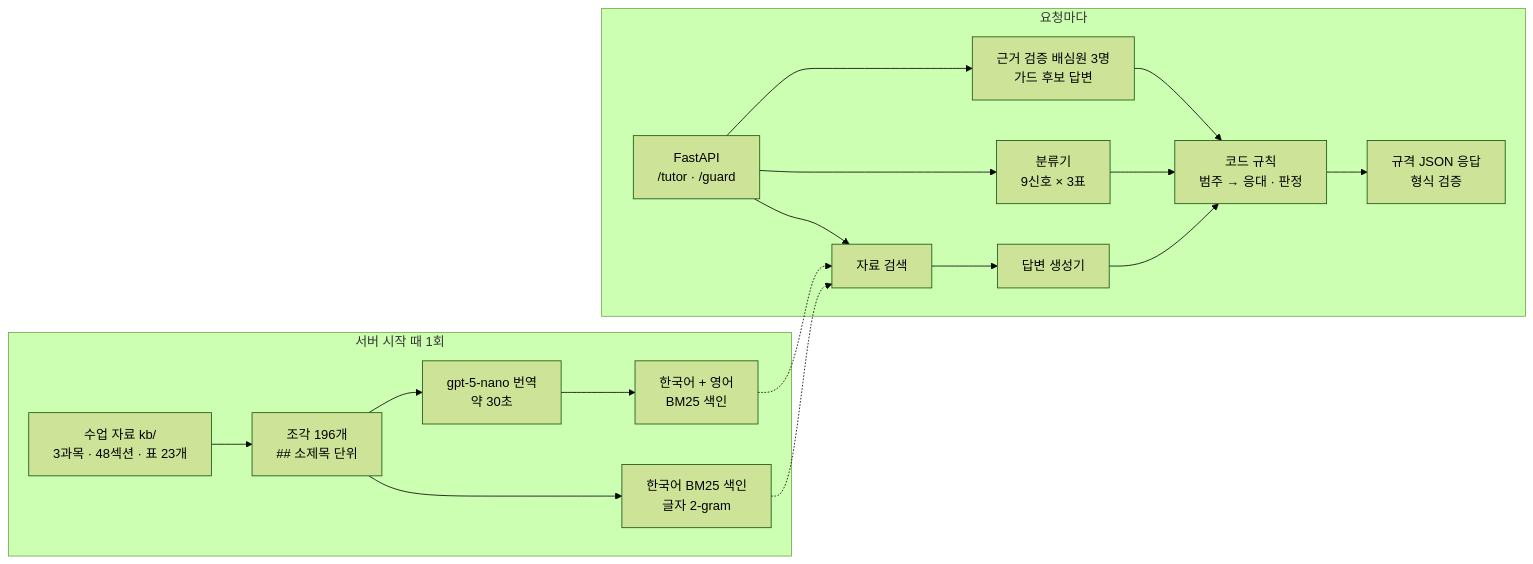
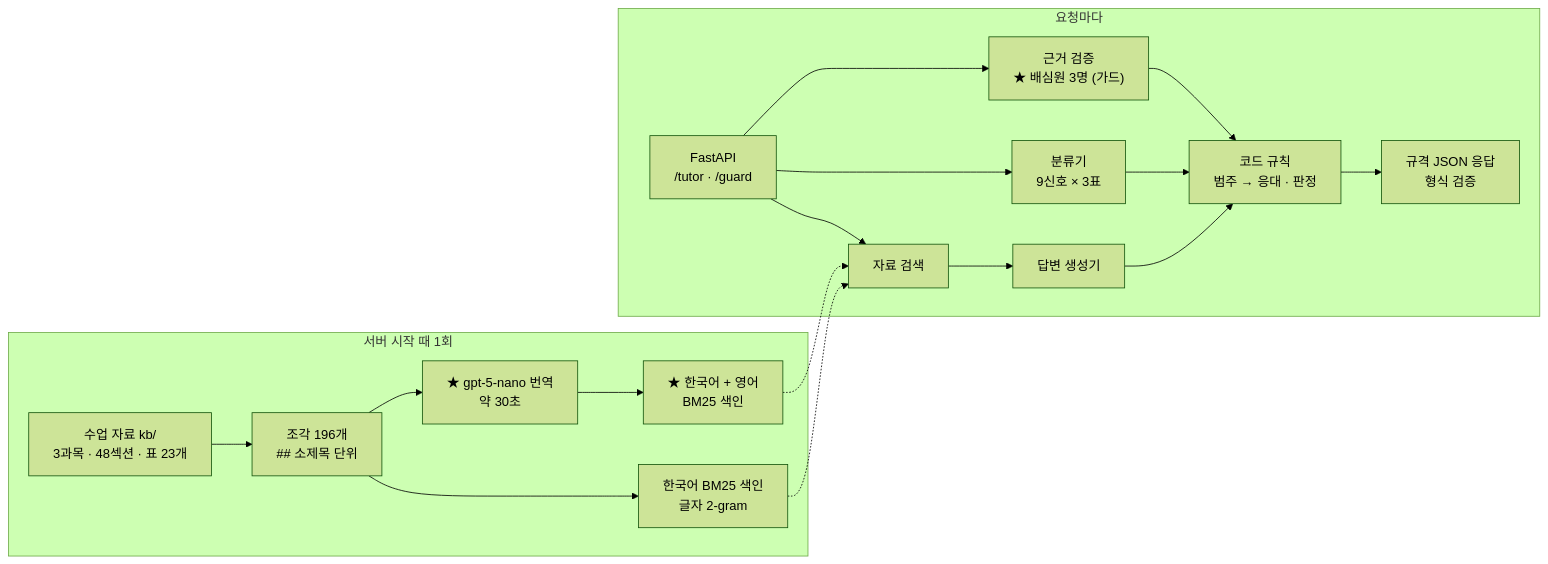
One commit to AI-Challenger-2026/ai_turtor_guardrail changed the first of 3 diagrams in model_component.md. Above: the diagram before and after it, drawn with Mermaid (forest theme). The commit also changed other lines of this file, not shown here.

Commit message:
model_component.md: mark parts added after final-v3 (wonwoo), add the comparison and GPT diagram prompts

````diff
--- a/model_component.md
+++ b/model_component.md
@@ -27,21 +31,21 @@
 ```mermaid
 flowchart LR
     subgraph BOOT["서버 시작 때 1회"]
         KB["수업 자료 kb/<br/>3과목 · 48섹션 · 표 23개"] --> CH["조각 196개<br/>## 소제목 단위"]
         CH --> BM["한국어 BM25 색인<br/>글자 2-gram"]
-        CH --> TR["gpt-5-nano 번역<br/>약 30초"]
-        TR --> EN["한국어 + 영어<br/>BM25 색인"]
+        CH --> TR["★ gpt-5-nano 번역<br/>약 30초"]
+        TR --> EN["★ 한국어 + 영어<br/>BM25 색인"]
     end
     subgraph REQ["요청마다"]
         IN["FastAPI<br/>/tutor · /guard"] --> RET["자료 검색"]
         IN --> CLS["분류기<br/>9신호 × 3표"]
         RET --> GEN["답변 생성기"]
-        IN --> VER["근거 검증 배심원 3명<br/>가드 후보 답변"]
+        IN --> VER["근거 검증<br/>★ 배심원 3명 (가드)"]
         CLS --> RULE["코드 규칙<br/>범주 → 응대 · 판정"]
         GEN --> RULE
         VER --> RULE
         RULE --> OUT["규격 JSON 응답<br/>형식 검증"]
     end
     BM -.-> RET
     EN -.-> RET
 ```
````
